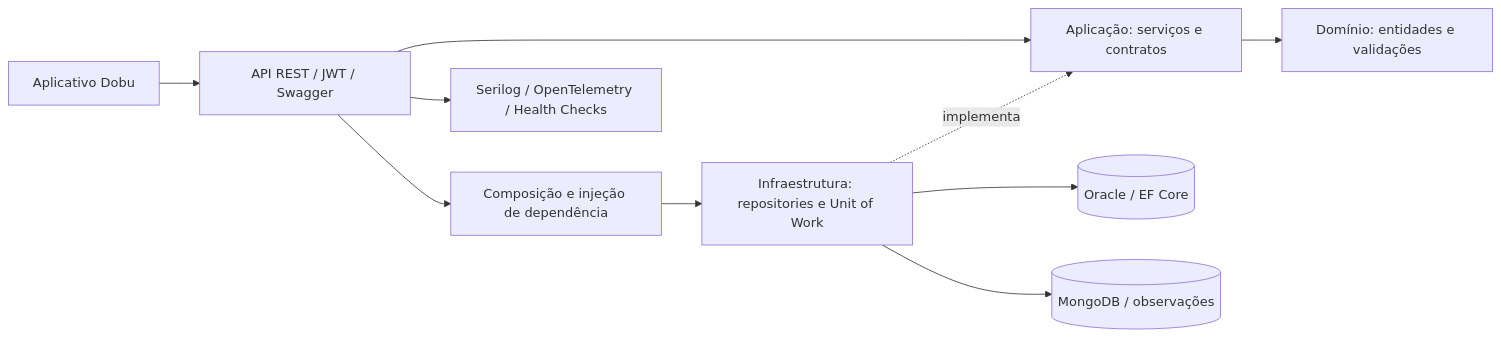
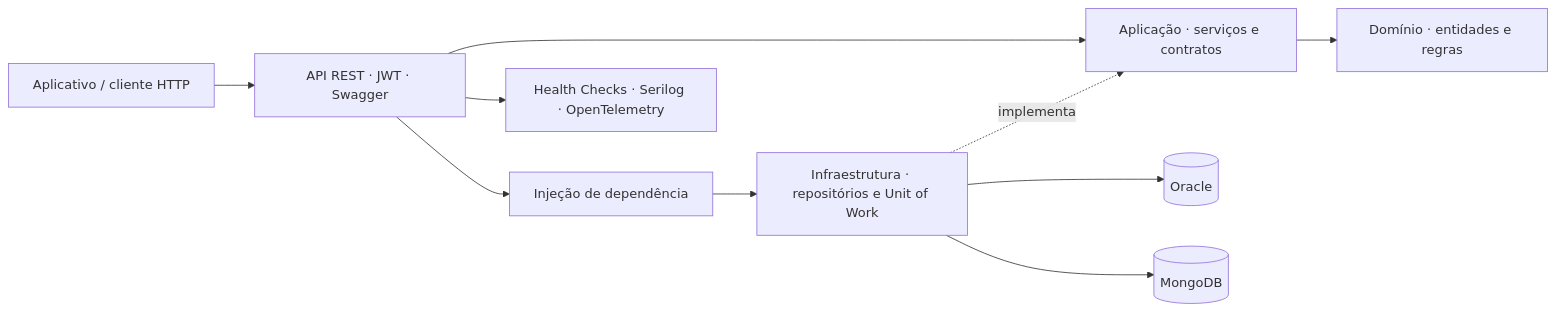
One commit to DobuChallenge/Dobu-Sprint4.NET changed the diagram in README.md. Above: the diagram before and after it, drawn with Mermaid. The commit also changed other lines of this file and 20 other files, not shown here.

````diff
--- a/README.md
+++ b/README.md
@@ -39,12 +49,12 @@
 ```mermaid
 flowchart LR
-    Mobile[Aplicativo Dobu] --> API[API REST / JWT / Swagger]
-    API --> Application[Aplicação: serviços e contratos]
-    Application --> Domain[Domínio: entidades e validações]
-    Infrastructure[Infraestrutura: repositories e Unit of Work] -. implementa .-> Application
-    API --> DI[Composição e injeção de dependência]
+    Client["Aplicativo / cliente HTTP"] --> API["API REST · JWT · Swagger"]
+    API --> Application["Aplicação · serviços e contratos"]
+    Application --> Domain["Domínio · entidades e regras"]
+    Infrastructure["Infraestrutura · repositórios e Unit of Work"] -. implementa .-> Application
+    API --> DI["Injeção de dependência"]
     DI --> Infrastructure
-    Infrastructure --> Oracle[(Oracle / EF Core)]
-    Infrastructure --> Mongo[(MongoDB / observações)]
-    API --> Observability[Serilog / OpenTelemetry / Health Checks]
+    Infrastructure --> Oracle[(Oracle)]
+    Infrastructure --> Mongo[(MongoDB)]
+    API --> Monitoring["Health Checks · Serilog · OpenTelemetry"]
 ```
````
